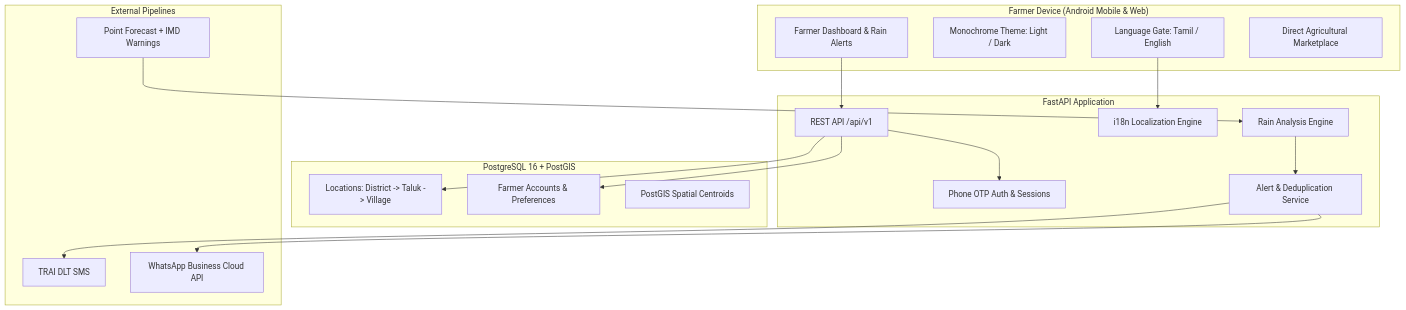
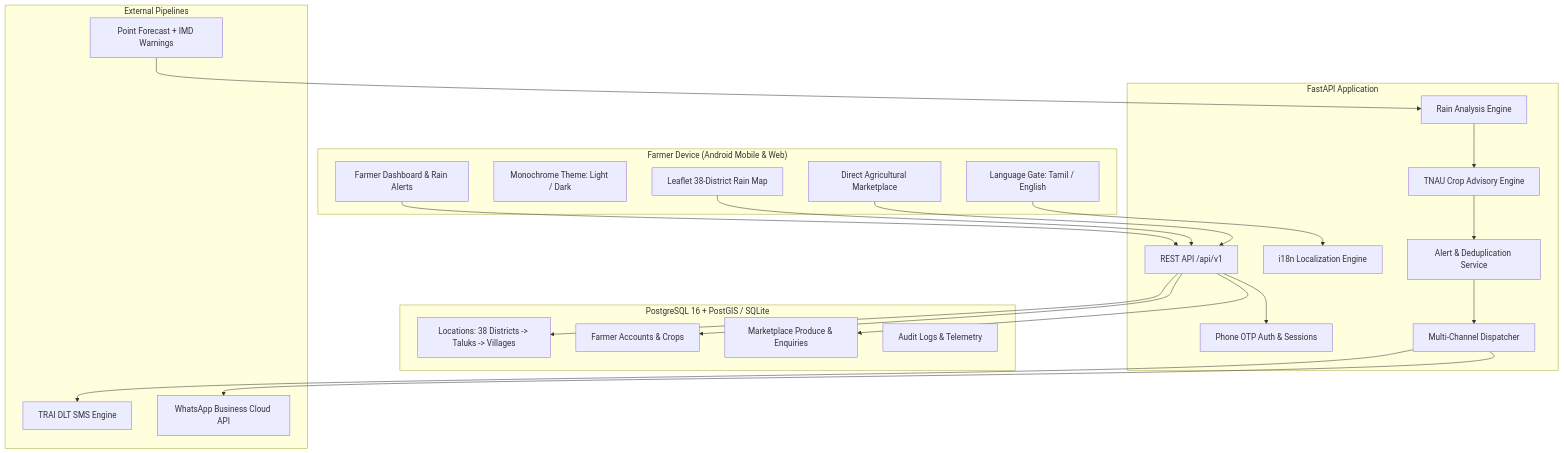
Before and after one commit to PraveenM-6124/Tn-farmer-rain-alert: the diagram in README.md, drawn with Mermaid. The commit also changed other lines of this file and 64 other files, not shown here.

Commit message:
feat(full-platform): complete all phases - rain alerts, GIS weather map, and direct marketplace

````diff
--- a/README.md
+++ b/README.md
@@ -37,39 +37,48 @@
 ```mermaid
 flowchart TD
     subgraph Client ["Farmer Device (Android Mobile & Web)"]
         UI_LANG[Language Gate: Tamil / English]
         UI_THEME[Monochrome Theme: Light / Dark]
         UI_DASH[Farmer Dashboard & Rain Alerts]
+        UI_MAP[Leaflet 38-District Rain Map]
         UI_MKT[Direct Agricultural Marketplace]
     end
 
     subgraph Backend ["FastAPI Application"]
         API[REST API /api/v1]
         I18N[i18n Localization Engine]
         AUTH[Phone OTP Auth & Sessions]
         RAIN[Rain Analysis Engine]
+        CROP[TNAU Crop Advisory Engine]
         ALERT[Alert & Deduplication Service]
+        NOTIF[Multi-Channel Dispatcher]
     end
 
-    subgraph Database ["PostgreSQL 16 + PostGIS"]
-        LOC[Locations: District -> Taluk -> Village]
-        FARMERS[Farmer Accounts & Preferences]
-        GEO[PostGIS Spatial Centroids]
+    subgraph Database ["PostgreSQL 16 + PostGIS / SQLite"]
+        LOC[Locations: 38 Districts -> Taluks -> Villages]
+        FARMERS[Farmer Accounts & Crops]
+        PRODUCTS[Marketplace Produce & Enquiries]
+        AUDIT[Audit Logs & Telemetry]
     end
 
     subgraph External ["External Pipelines"]
         WEATHER[Point Forecast + IMD Warnings]
-        SMS[TRAI DLT SMS]
+        SMS[TRAI DLT SMS Engine]
         WA[WhatsApp Business Cloud API]
     end
 
     UI_LANG --> I18N
     UI_DASH --> API
+    UI_MAP --> API
+    UI_MKT --> API
     API --> AUTH
     API --> LOC
     API --> FARMERS
+    API --> PRODUCTS
     WEATHER --> RAIN
-    RAIN --> ALERT
-    ALERT --> SMS
-    ALERT --> WA
+    RAIN --> CROP
+    CROP --> ALERT
+    ALERT --> NOTIF
+    NOTIF --> SMS
+    NOTIF --> WA
 ```
````
